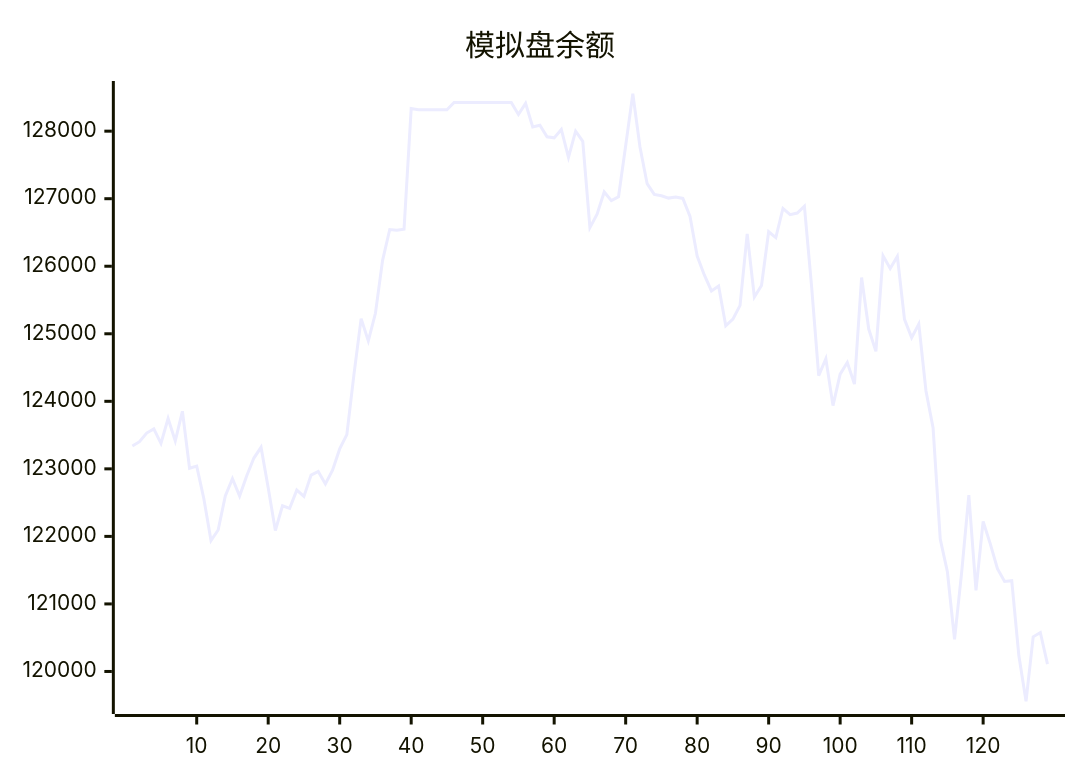
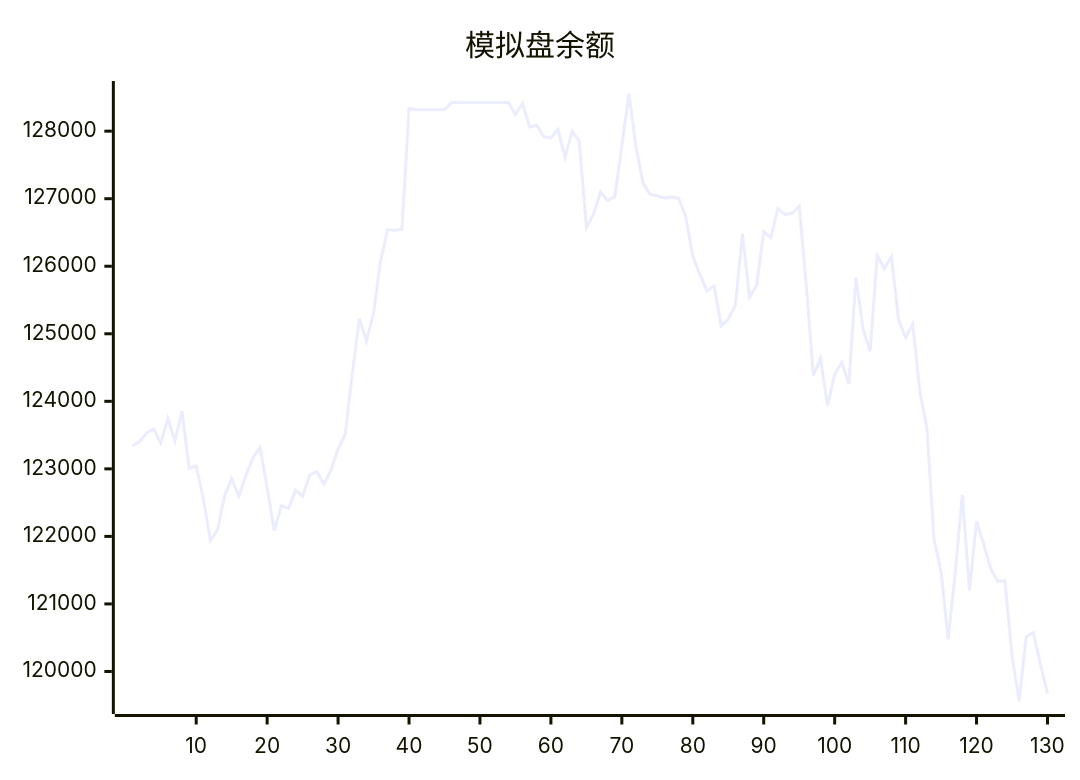
The diagram in README.md (aahl/ai-trading), drawn with Mermaid before and after one commit. The commit also changed other lines of this file and 1 other file, not shown here.

````diff
--- a/README.md
+++ b/README.md
@@ -5,5 +5,5 @@
 ```mermaid
 xychart
     title "模拟盘余额"
-    line [123338,123402,123530,123592,123378,123745,123413,123853,123009,123040,122557,121938,122095,122599,122856,122597,122898,123160,123319,122719,122087,122454,122416,122685,122592,122907,122961,122776,122981,123295,123507,124403,125224,124894,125303,126088,126544,126534,126549,128335,128318,128318,128318,128318,128318,128424,128424,128424,128424,128424,128424,128424,128424,128424,128247,128412,128062,128087,127917,127901,128026,127611,128000,127850,126572,126770,127100,126971,127029,127783,128554,127765,127224,127064,127044,127009,127025,127004,126738,126152,125871,125635,125707,125117,125217,125420,126480,125545,125715,126511,126424,126856,126764,126788,126890,125710,124381,124632,123936,124402,124574,124256,125833,125070,124739,126154,125966,126145,125213,124943,125143,124157,123604,121959,121476,120476,121470,122610,121201,122221,121889,121522,121332,121344,120232,119559,120513,120577,120108]
+    line [123338,123402,123530,123592,123378,123745,123413,123853,123009,123040,122557,121938,122095,122599,122856,122597,122898,123160,123319,122719,122087,122454,122416,122685,122592,122907,122961,122776,122981,123295,123507,124403,125224,124894,125303,126088,126544,126534,126549,128335,128318,128318,128318,128318,128318,128424,128424,128424,128424,128424,128424,128424,128424,128424,128247,128412,128062,128087,127917,127901,128026,127611,128000,127850,126572,126770,127100,126971,127029,127783,128554,127765,127224,127064,127044,127009,127025,127004,126738,126152,125871,125635,125707,125117,125217,125420,126480,125545,125715,126511,126424,126856,126764,126788,126890,125710,124381,124632,123936,124402,124574,124256,125833,125070,124739,126154,125966,126145,125213,124943,125143,124157,123604,121959,121476,120476,121470,122610,121201,122221,121889,121522,121332,121344,120232,119559,120513,120577,120108,119680]
 ```
````
